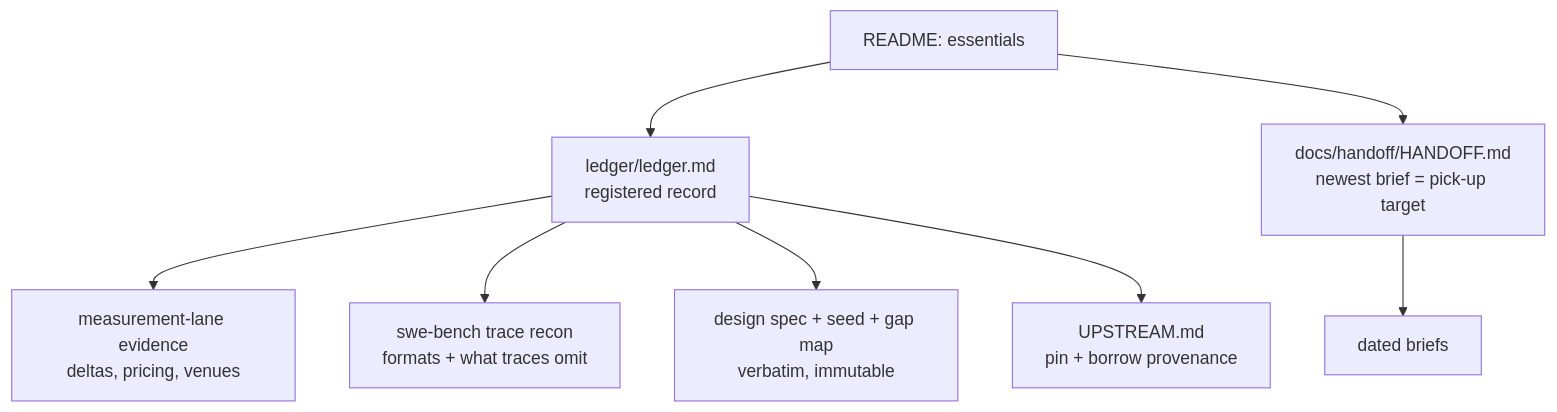
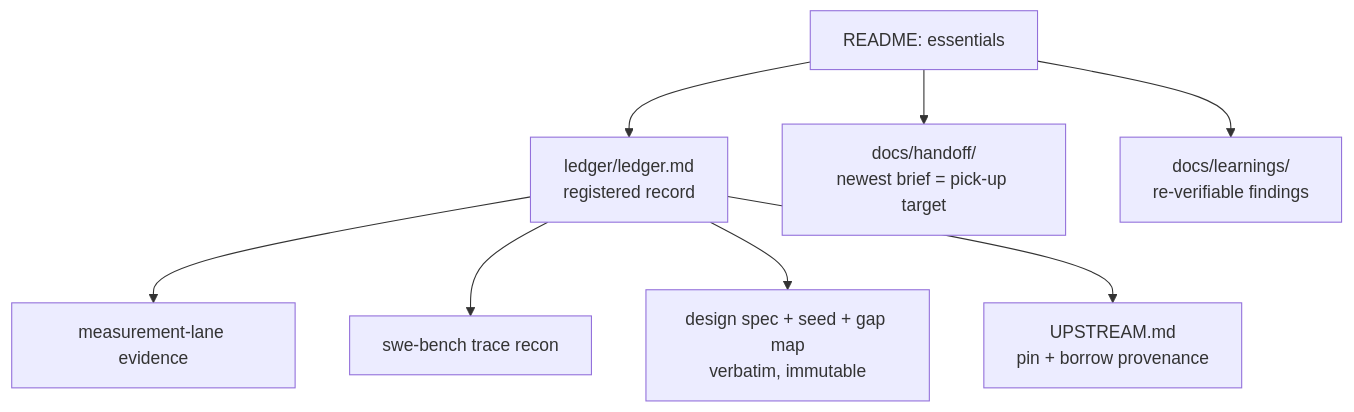
The sixth of 6 diagrams in README.md (hossainpazooki/linear-ceiling), drawn with Mermaid before and after one commit. The commit also changed other lines of this file and 3 other files, not shown here.

Commit message:
docs: README and repo brief to three-corpora state; handoff for floor met and headroom

````diff
--- a/README.md
+++ b/README.md
@@ -130,10 +137,10 @@
 ```mermaid
 flowchart TD
     README[README: essentials] --> LED[ledger/ledger.md<br/>registered record]
-    README --> HOF[docs/handoff/HANDOFF.md<br/>newest brief = pick-up target]
-    LED --> EV[measurement-lane evidence<br/>deltas, pricing, venues]
-    LED --> RECON[swe-bench trace recon<br/>formats + what traces omit]
+    README --> HOF[docs/handoff/<br/>newest brief = pick-up target]
+    README --> LRN[docs/learnings/<br/>re-verifiable findings]
+    LED --> EV[measurement-lane evidence]
+    LED --> RECON[swe-bench trace recon]
     LED --> SPEC[design spec + seed + gap map<br/>verbatim, immutable]
     LED --> UP[UPSTREAM.md<br/>pin + borrow provenance]
-    HOF --> BRIEFS[dated briefs]
 ```
````
